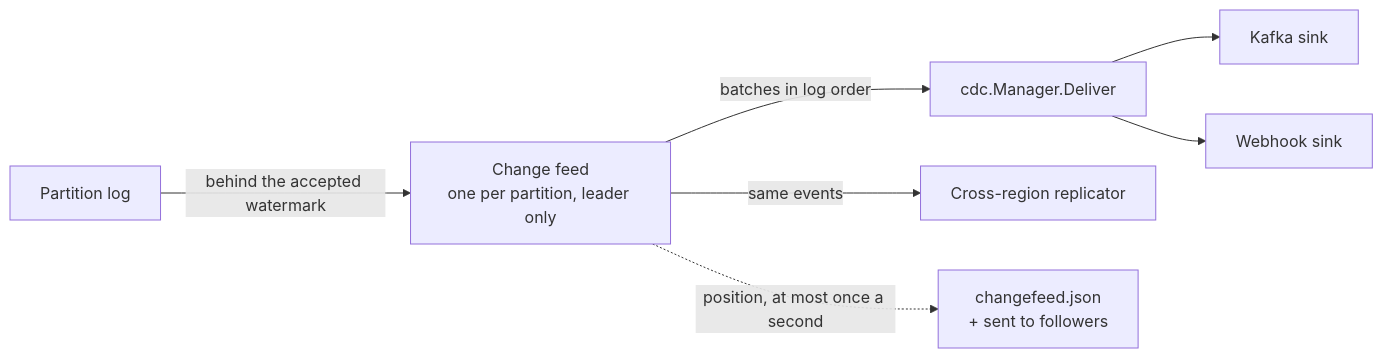
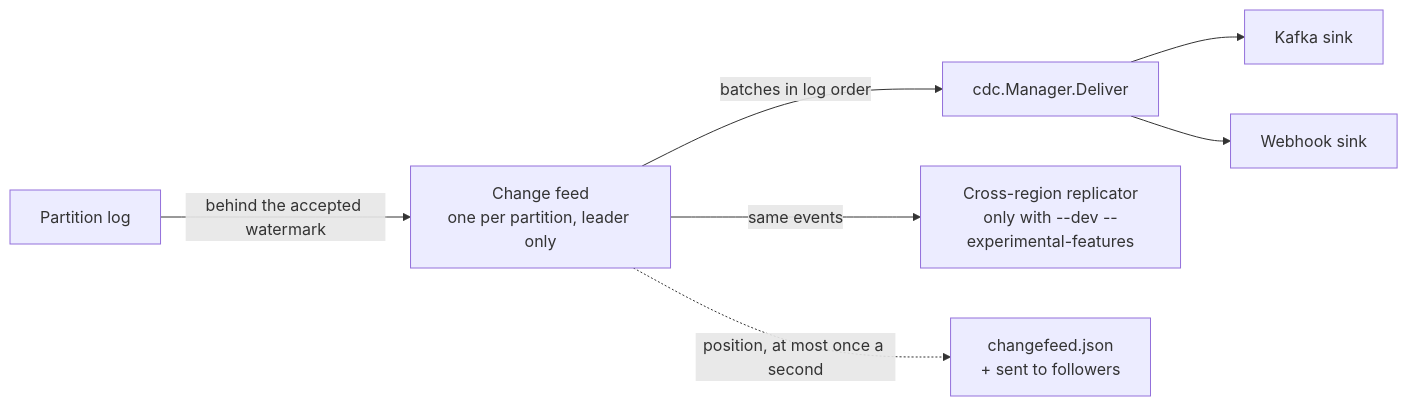
Before and after one commit to jatin711-debug/cronos_db_golang: diagram 29 of 47 in ARCHITECTURE.md, drawn with Mermaid. The commit also changed other lines of this file and 31 other files, not shown here.

````diff
--- a/ARCHITECTURE.md
+++ b/ARCHITECTURE.md
@@ -900,9 +958,9 @@
 ```mermaid
 graph LR
     WAL[Partition log] -->|behind the accepted watermark| Feed[Change feed<br/>one per partition, leader only]
     Feed -->|batches in log order| CDC[cdc.Manager.Deliver]
     CDC --> S1[Kafka sink]
     CDC --> S2[Webhook sink]
-    Feed -->|same events| XR[Cross-region replicator]
+    Feed -->|same events| XR[Cross-region replicator<br/>only with --dev --experimental-features]
     Feed -.->|position, at most once a second| Pos[changefeed.json<br/>+ sent to followers]
 ```
````
